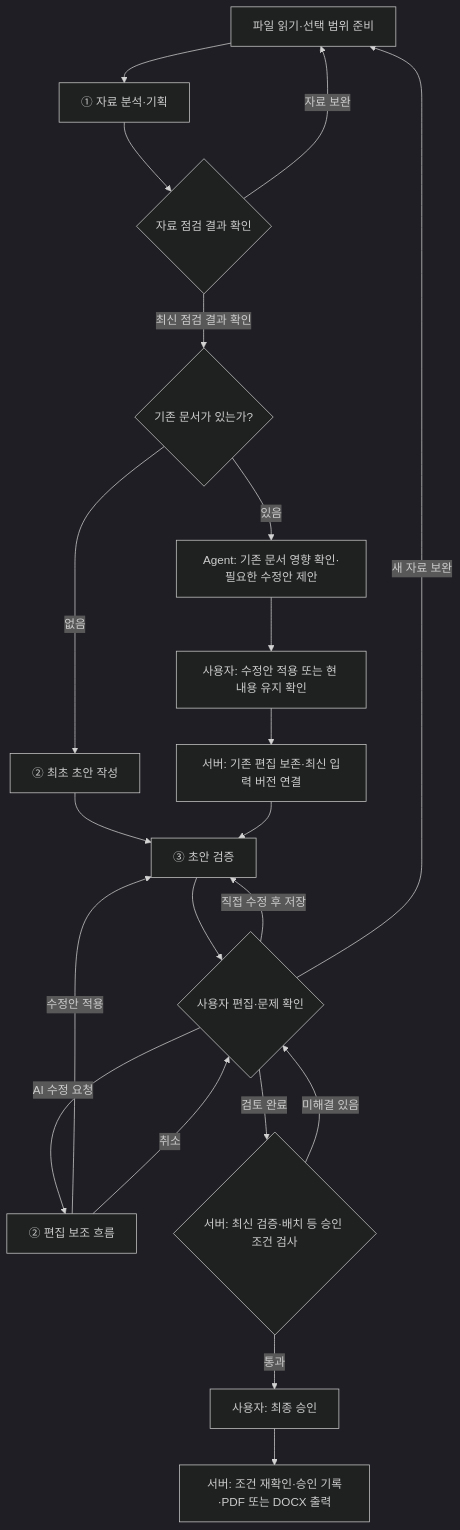
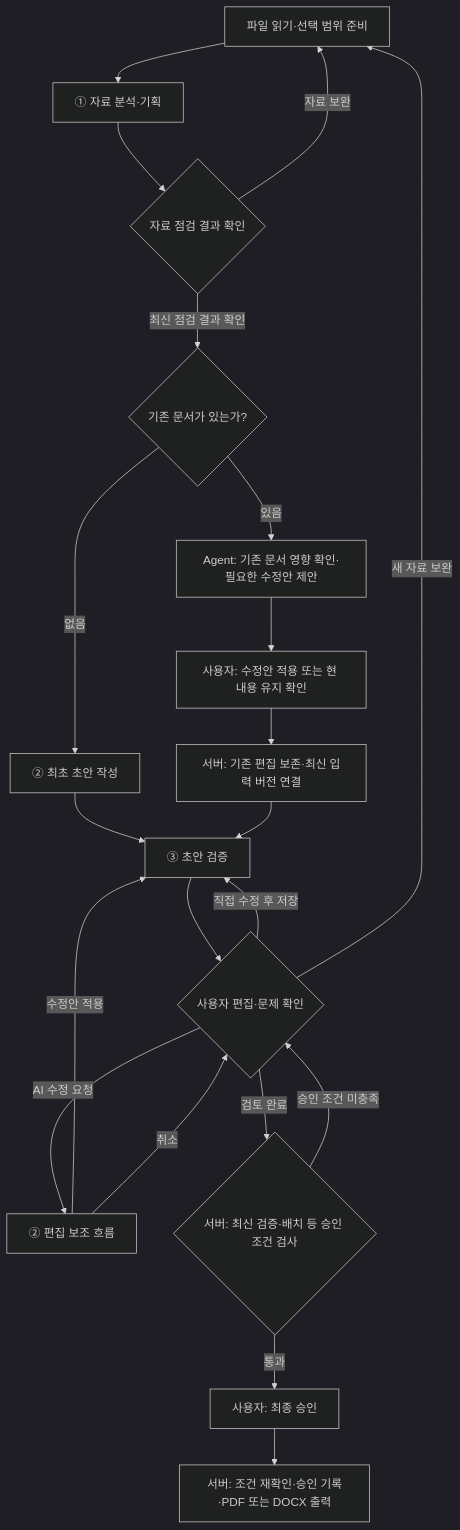
The first of 2 diagrams in agent.md (agent-ddalgi-team/agent-ddalgi-backend), drawn with Mermaid (dark theme) before and after one commit. The commit also changed other lines of this file and 6 other files, not shown here.

````diff
--- a/agent.md
+++ b/agent.md
@@ -25,23 +25,23 @@
 ```mermaid
 flowchart TD
     P["파일 읽기·선택 범위 준비"] --> A["① 자료 분석·기획"]
     A --> U{"자료 점검 결과 확인"}
     U -->|"자료 보완"| P
     U -->|"최신 점검 결과 확인"| D{"기존 문서가 있는가?"}
     D -->|"없음"| W["② 최초 초안 작성"]
     W --> V["③ 초안 검증"]
     D -->|"있음"| M["Agent: 기존 문서 영향 확인·필요한 수정안 제안"]
     M --> N["사용자: 수정안 적용 또는 현 내용 유지 확인"]
     N --> B["서버: 기존 편집 보존·최신 입력 버전 연결"]
     B --> V
     V --> H{"사용자 편집·문제 확인"}
     H -->|"AI 수정 요청"| E["② 편집 보조 흐름"]
     E -->|"수정안 적용"| V
     E -->|"취소"| H
     H -->|"직접 수정 후 저장"| V
     H -->|"새 자료 보완"| P
     H -->|"검토 완료"| G{"서버: 최신 검증·배치 등 승인 조건 검사"}
-    G -->|"미해결 있음"| H
+    G -->|"승인 조건 미충족"| H
     G -->|"통과"| C["사용자: 최종 승인"]
     C --> X["서버: 조건 재확인·승인 기록·PDF 또는 DOCX 출력"]
 ```
````
